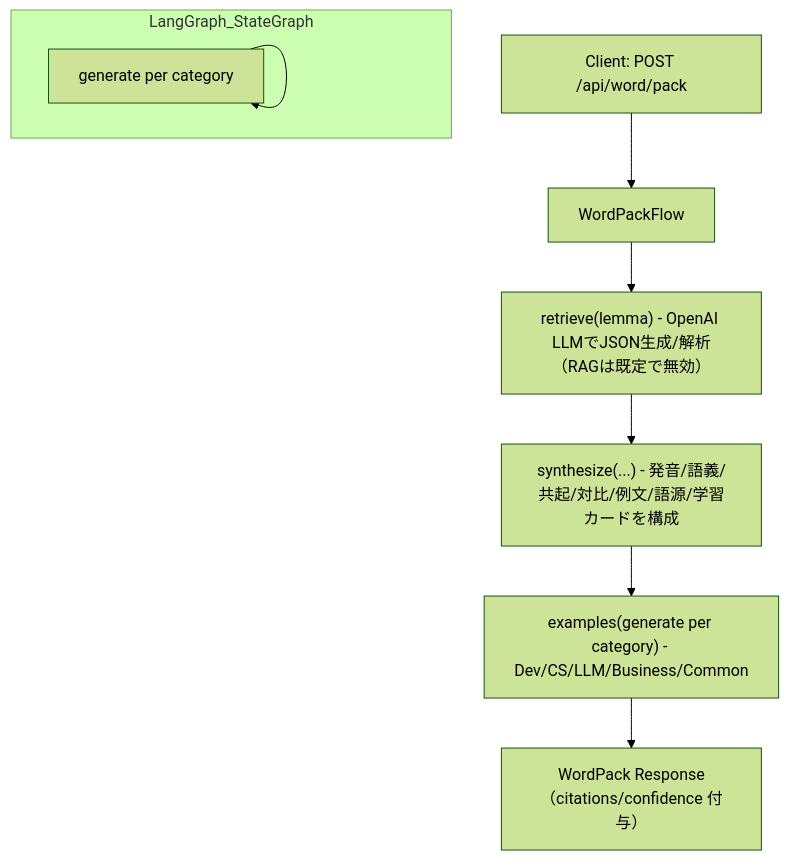
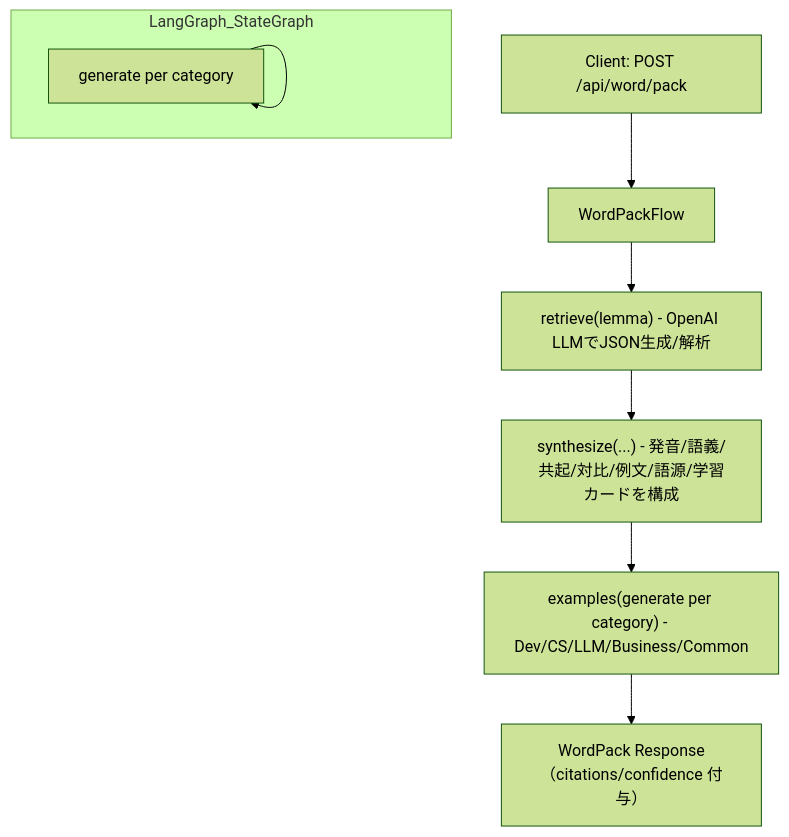
Before and after one commit to RiSEblackbird/wordpack-for-english: the first of 2 diagrams in docs/flows.md, drawn with Mermaid (forest theme). The commit also changed 18 other files, not shown here.

````diff
--- a/docs/flows.md
+++ b/docs/flows.md
@@ -4,13 +4,13 @@
 ```mermaid
 graph TD
     A[Client: POST /api/word/pack] --> B[WordPackFlow];
-    B --> C["retrieve(lemma) - OpenAI LLMでJSON生成/解析（RAGは既定で無効）"];
+    B --> C["retrieve(lemma) - OpenAI LLMでJSON生成/解析"];
     C --> D["synthesize(...) - 発音/語義/共起/対比/例文/語源/学習カードを構成"];
     D --> E["examples(generate per category) - Dev/CS/LLM/Business/Common"];
     E --> F["WordPack Response（citations/confidence 付与）"];
 
     subgraph LangGraph_StateGraph
         G[generate per category]
         G --> G
     end
 ```
````
